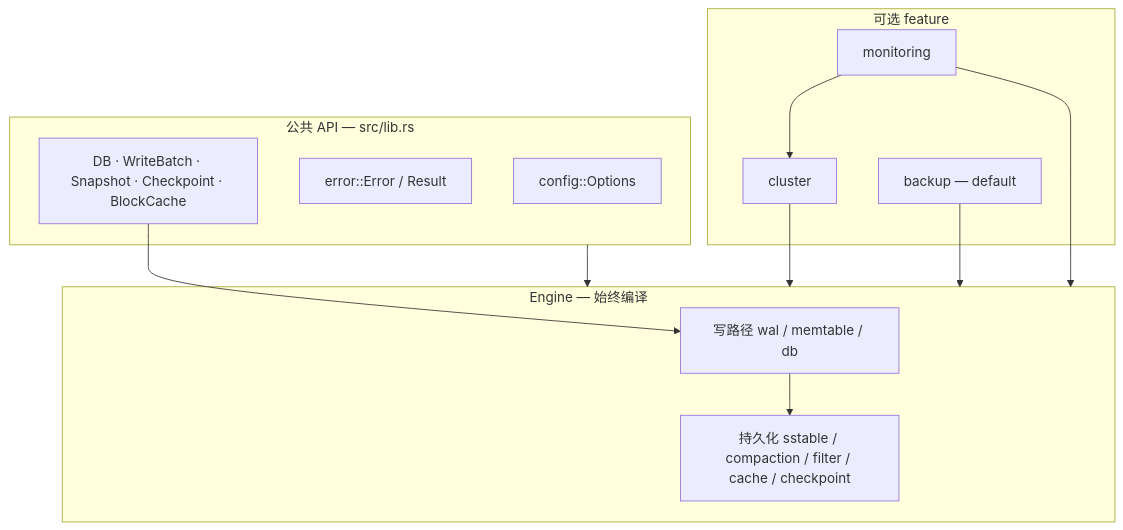
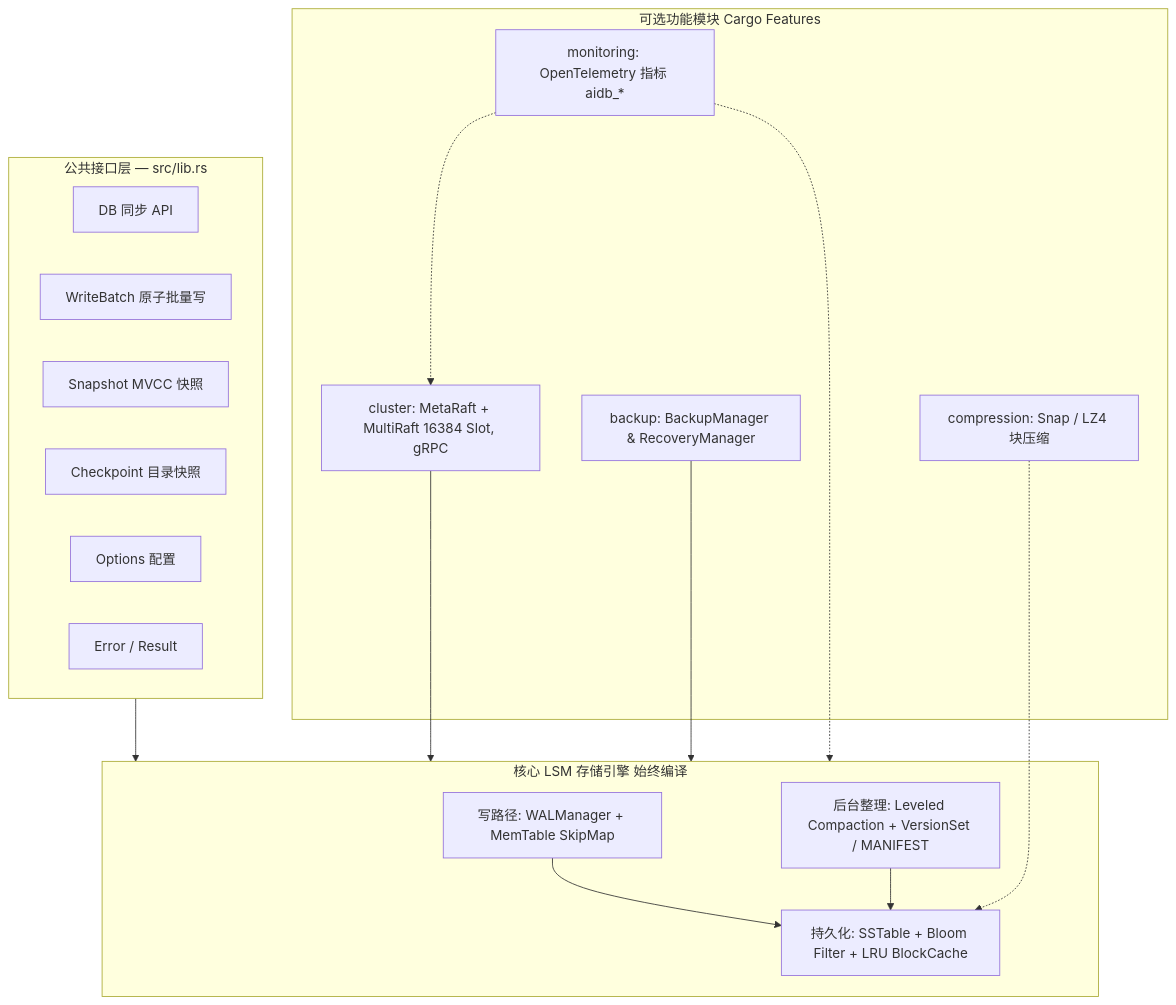
Before and after one commit to Genuineh/AiDb: the first of 8 diagrams in ARCHITECTURE.md, drawn with Mermaid. The commit also changed other lines of this file and 15 other files, not shown here.

````diff
--- a/ARCHITECTURE.md
+++ b/ARCHITECTURE.md
@@ -21,27 +29,33 @@
 ```mermaid
 flowchart TB
-  subgraph api [公共 API — src/lib.rs]
-    OPT[config::Options]
-    ERR[error::Error / Result]
-    PUB[DB · WriteBatch · Snapshot · Checkpoint · BlockCache]
-  end
+    subgraph API [公共接口层 — src/lib.rs]
+        DB[DB 同步 API]
+        Batch[WriteBatch 原子批量写]
+        Snap[Snapshot MVCC 快照]
+        CP[Checkpoint 目录快照]
+        Opts[Options 配置]
+        Err[Error / Result]
+    end
 
-  subgraph eng [Engine — 始终编译]
-    WP[写路径 wal / memtable / db]
-    PS[持久化 sstable / compaction / filter / cache / checkpoint]
-  end
+    subgraph Engine [核心 LSM 存储引擎 始终编译]
+        WP[写路径: WALManager + MemTable SkipMap]
+        PS[持久化: SSTable + Bloom Filter + LRU BlockCache]
+        CPK[后台整理: Leveled Compaction + VersionSet / MANIFEST]
+    end
 
-  subgraph feat [可选 feature]
-    CL[cluster]
-    BK[backup — default]
-    MON[monitoring]
-  end
+    subgraph Extensions [可选功能模块 Cargo Features]
+        Cluster[cluster: MetaRaft + MultiRaft 16384 Slot, gRPC]
+        Backup[backup: BackupManager & RecoveryManager]
+        Compress[compression: Snap / LZ4 块压缩]
+        Monitor[monitoring: OpenTelemetry 指标 aidb_*]
+    end
 
-  api --> eng
-  WP --> PS
-  PUB --> WP
-  CL --> eng
-  BK --> eng
-  MON --> eng
-  MON --> CL
+    API --> Engine
+    WP --> PS
+    CPK --> PS
+    Cluster --> Engine
+    Backup --> Engine
+    Compress -.-> PS
+    Monitor -.-> Engine
+    Monitor -.-> Cluster
 ```
````
